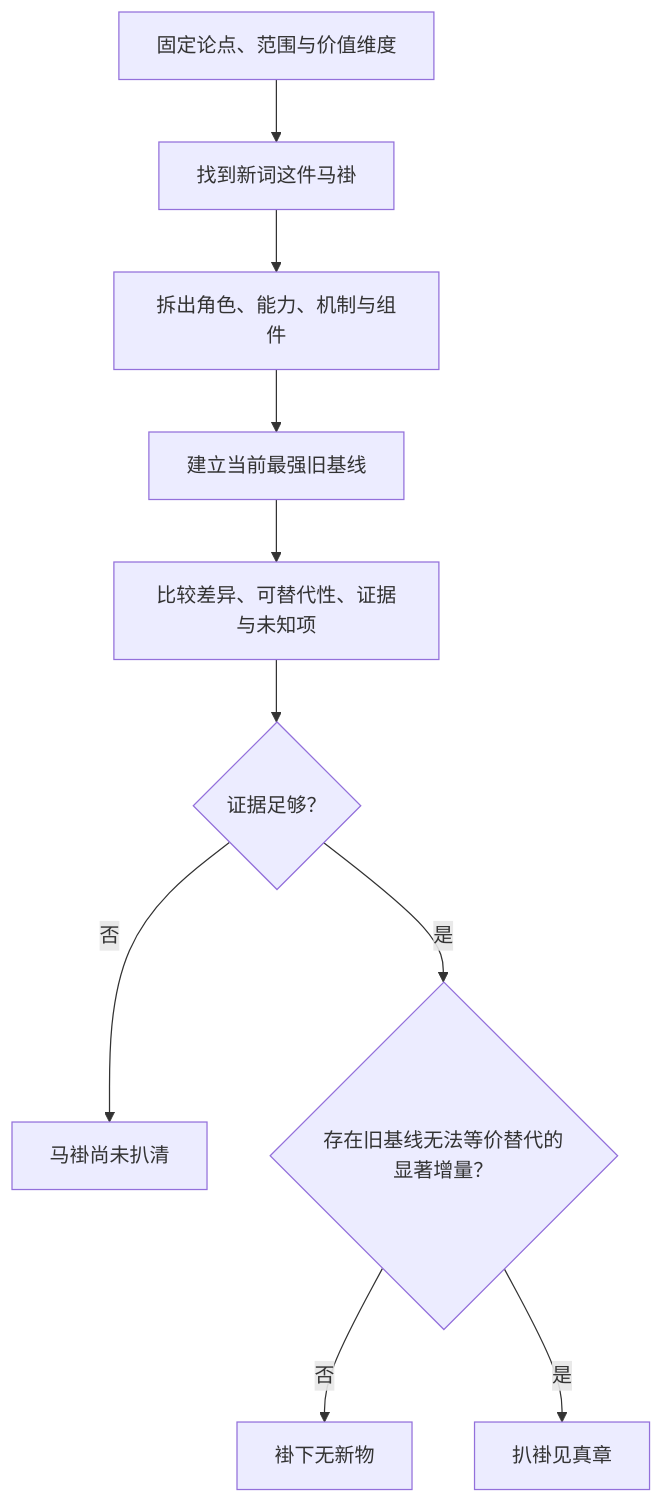
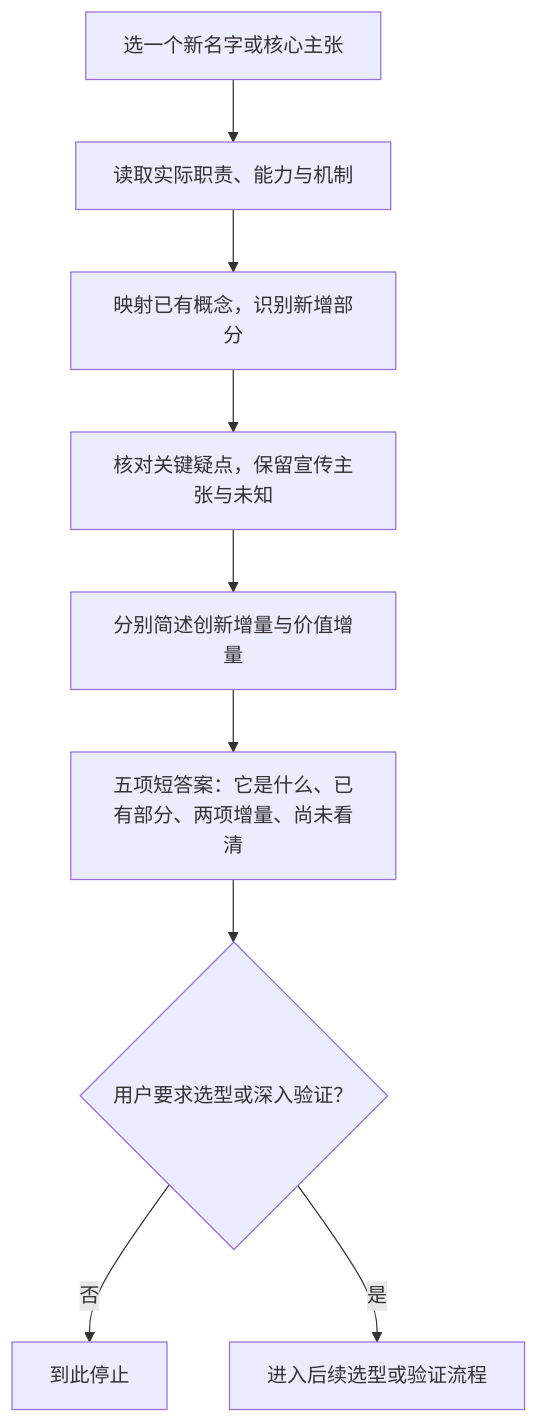
The diagram in README.md (zhaidewei/ba-ma-gua), drawn with Mermaid before and after one commit. The commit also changed other lines of this file and 2 other files, not shown here.

````diff
--- a/README.md
+++ b/README.md
@@ -43,12 +41,11 @@
 ```mermaid
 flowchart TD
-    A["固定论点、范围与价值维度"] --> B["找到新词这件马褂"]
-    B --> C["拆出角色、能力、机制与组件"]
-    C --> D["建立当前最强旧基线"]
-    D --> E["比较差异、可替代性、证据与未知项"]
-    E --> F{"证据足够？"}
-    F -- "否" --> U["马褂尚未扒清"]
-    F -- "是" --> G{"存在旧基线无法等价替代的显著增量？"}
-    G -- "否" --> N["褂下无新物"]
-    G -- "是" --> Y["扒褂见真章"]
+    A["选一个新名字或核心主张"] --> B["读取实际职责、能力与机制"]
+    B --> C["映射已有概念，识别新增部分"]
+    C --> D["核对关键疑点，保留宣传主张与未知"]
+    D --> E["分别简述创新增量与价值增量"]
+    E --> F["五项短答案：它是什么、已有部分、两项增量、尚未看清"]
+    F --> G{"用户要求选型或深入验证？"}
+    G -- "否" --> S["到此停止"]
+    G -- "是" --> H["进入后续选型或验证流程"]
 ```
````
